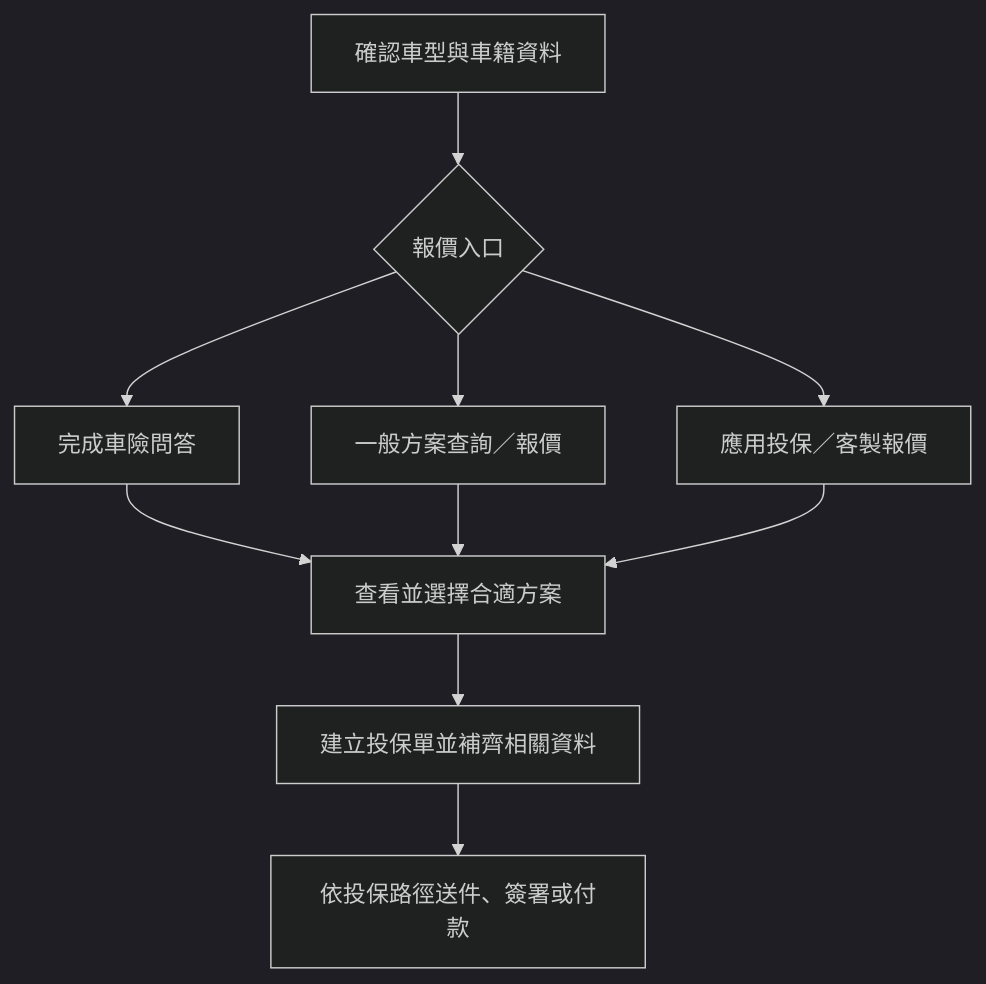
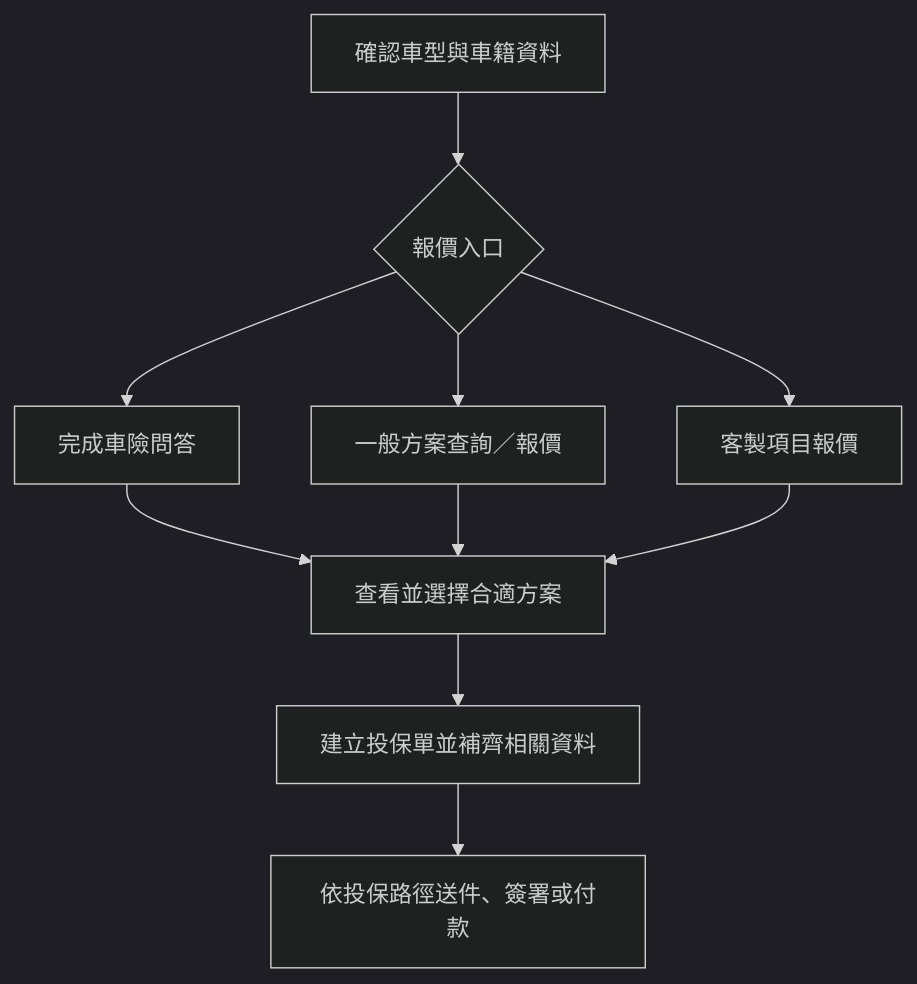
The first of 2 diagrams in README.md (highhao/insurance-saas-platform), drawn with Mermaid (dark theme) before and after one commit. The commit also changed other lines of this file, not shown here.

````diff
--- a/README.md
+++ b/README.md
@@ -9,12 +9,12 @@
 ```mermaid
 flowchart TB
     A[確認車型與車籍資料] --> B{報價入口}
     B --> C[完成車險問答]
     B --> D[一般方案查詢／報價]
-    B --> E[應用投保／客製報價]
+    B --> E[客製項目報價]
     C --> F[查看並選擇合適方案]
     D --> F
     E --> F
     F --> G[建立投保單並補齊相關資料]
     G --> H[依投保路徑送件、簽署或付款]
 ```
````
